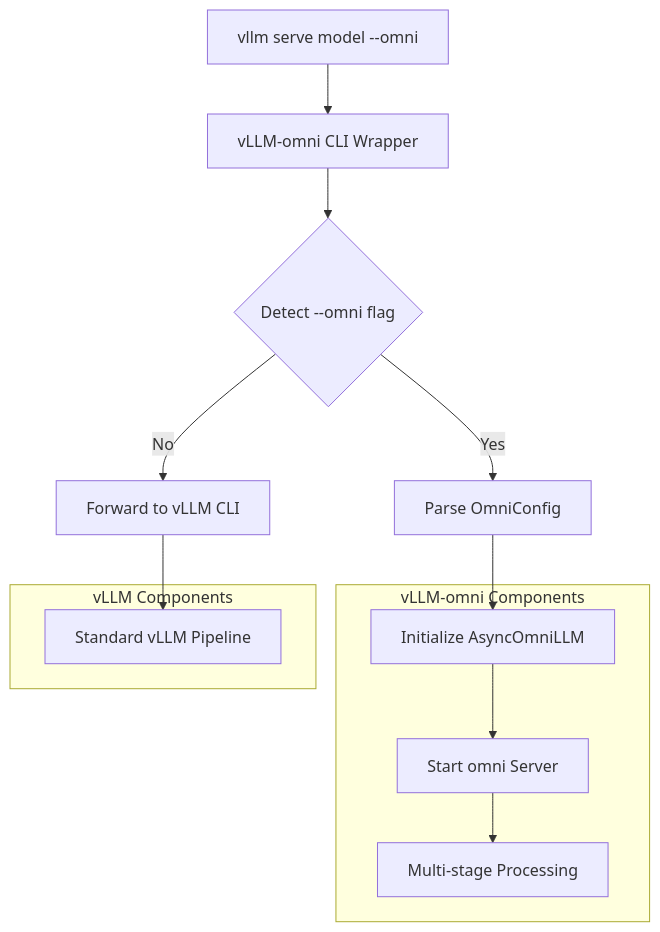
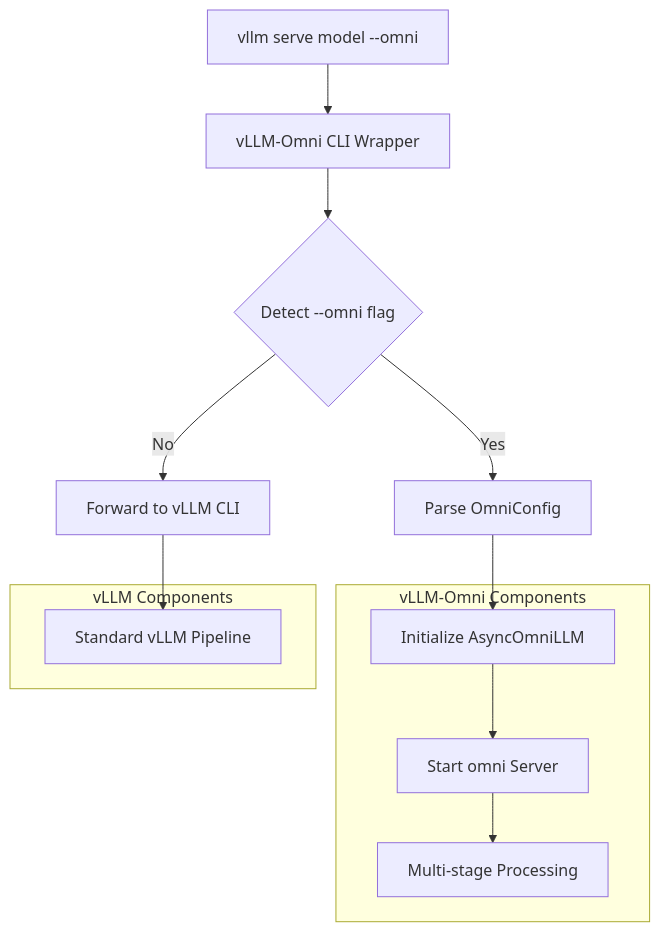
One commit to tjtanaa/vllm changed the diagram in docs/design/vllm_omni_design.md. Above: the diagram before and after it, drawn with Mermaid. The commit also changed other lines of this file and 43 other files, not shown here.

````diff
--- a/docs/design/vllm_omni_design.md
+++ b/docs/design/vllm_omni_design.md
@@ -37,21 +37,21 @@
 ```mermaid
 graph TD
-    A[vllm serve model --omni] --> B[vLLM-omni CLI Wrapper]
+    A[vllm serve model --omni] --> B[vLLM-Omni CLI Wrapper]
     B --> C{Detect --omni flag}
     C -->|Yes| D[Parse OmniConfig]
     C -->|No| E[Forward to vLLM CLI]
     D --> F[Initialize AsyncOmniLLM]
     F --> G[Start omni Server]
     G --> H[Multi-stage Processing]
     E --> I[Standard vLLM Pipeline]
 
-    subgraph "vLLM-omni Components"
+    subgraph "vLLM-Omni Components"
         F
         G
         H
     end
 
     subgraph "vLLM Components"
         I
     end
 ```
````
